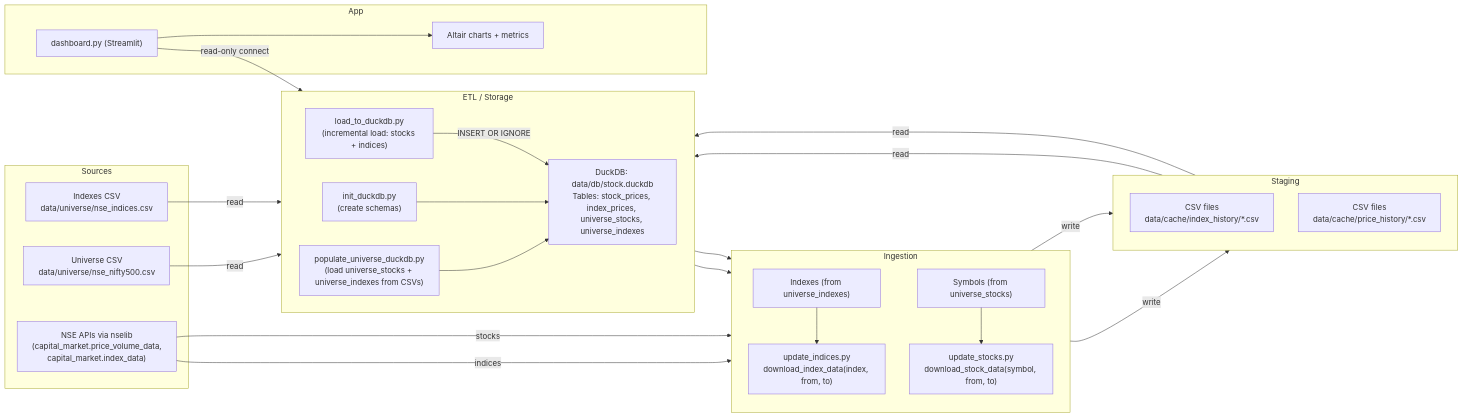
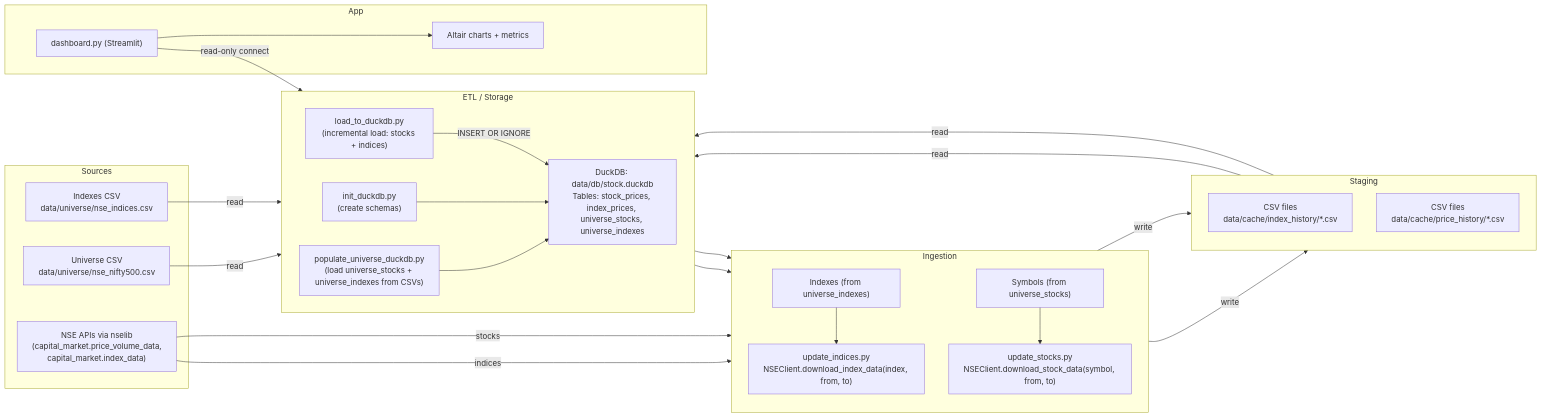
The diagram in ARCHITECTURE.md (shayanrc/stockdash), drawn with Mermaid before and after one commit. The commit also changed other lines of this file and 3 other files, not shown here.

Commit message:
Refactor download logic to encapsulate data fetching in NSEClient class,

````diff
--- a/ARCHITECTURE.md
+++ b/ARCHITECTURE.md
@@ -7,59 +7,59 @@
 ```mermaid
 graph LR
 
   subgraph Sources
     A["NSE APIs via nselib<br/>(capital_market.price_volume_data,<br/>capital_market.index_data)"]
     C0["Universe CSV<br/>data/universe/nse_nifty500.csv"]
     C1IDX["Indexes CSV<br/>data/universe/nse_indices.csv"]
   end
 
   subgraph Ingestion
     direction TB
-    B2["update_indices.py<br/>download_index_data(index, from, to)"]
-    B1["update_stocks.py<br/>download_stock_data(symbol, from, to)"]
+    B2["update_indices.py<br/>NSEClient.download_index_data(index, from, to)"]
+    B1["update_stocks.py<br/>NSEClient.download_stock_data(symbol, from, to)"]
     H["Symbols (from universe_stocks)"]
     H2["Indexes (from universe_indexes)"]
   end
 
   subgraph Staging
     direction TB
     C2["CSV files<br/>data/cache/index_history/*.csv"]
     C1["CSV files<br/>data/cache/price_history/*.csv"]
   end
 
   subgraph ETL / Storage
     direction LR
     D0["init_duckdb.py<br/>(create schemas)"]
     D1["populate_universe_duckdb.py<br/>(load universe_stocks + universe_indexes from CSVs)"]
     D2["load_to_duckdb.py<br/>(incremental load: stocks + indices)"]
     E["DuckDB: data/db/stock.duckdb<br/>Tables: stock_prices, index_prices, universe_stocks, universe_indexes"]
   end
 
   subgraph App
     F["dashboard.py (Streamlit)"]
     G["Altair charts + metrics"]
   end
 
   %% Flows
   A -->|indices| B2
   A -->|stocks| B1
   B2 -->|write| C2
   B1 -->|write| C1
   C2 -->|read| D2
   C1 -->|read| D2
   D2 -->|INSERT OR IGNORE| E
 
   C0 -->|read| D1
   C1IDX -->|read| D1
   D0 --> E
   D1 --> E
 
   %% Universe symbols exposed near ingestion to avoid crossing blocks
   E --> H
   H --> B1
   E --> H2
   H2 --> B2
 
   F -->|read-only connect| E
   F --> G
 ```
````
